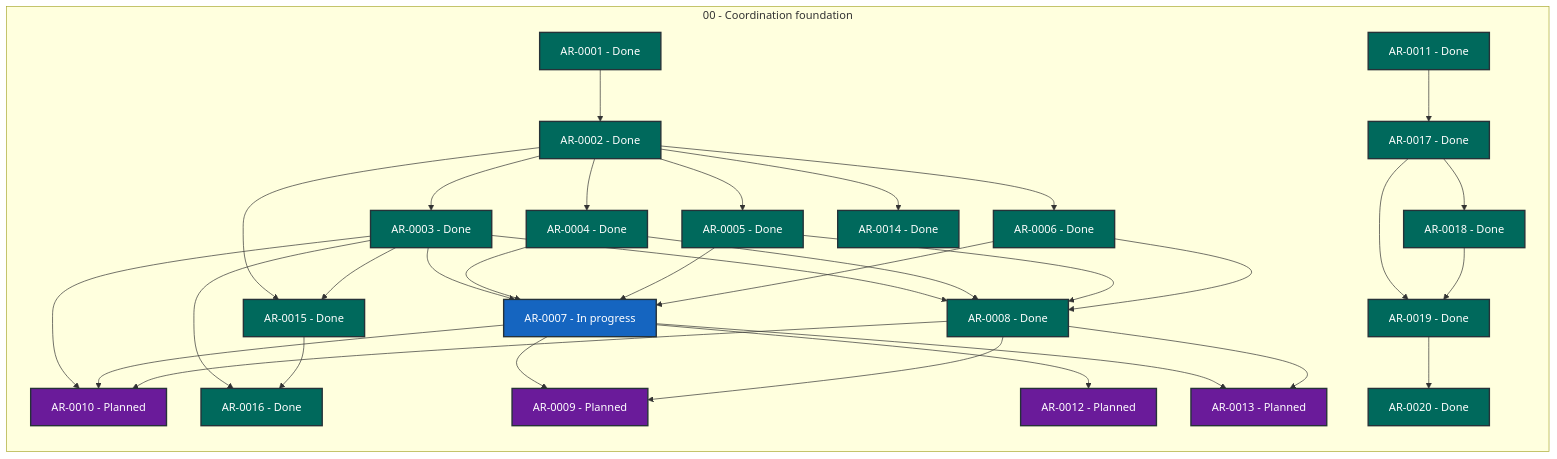
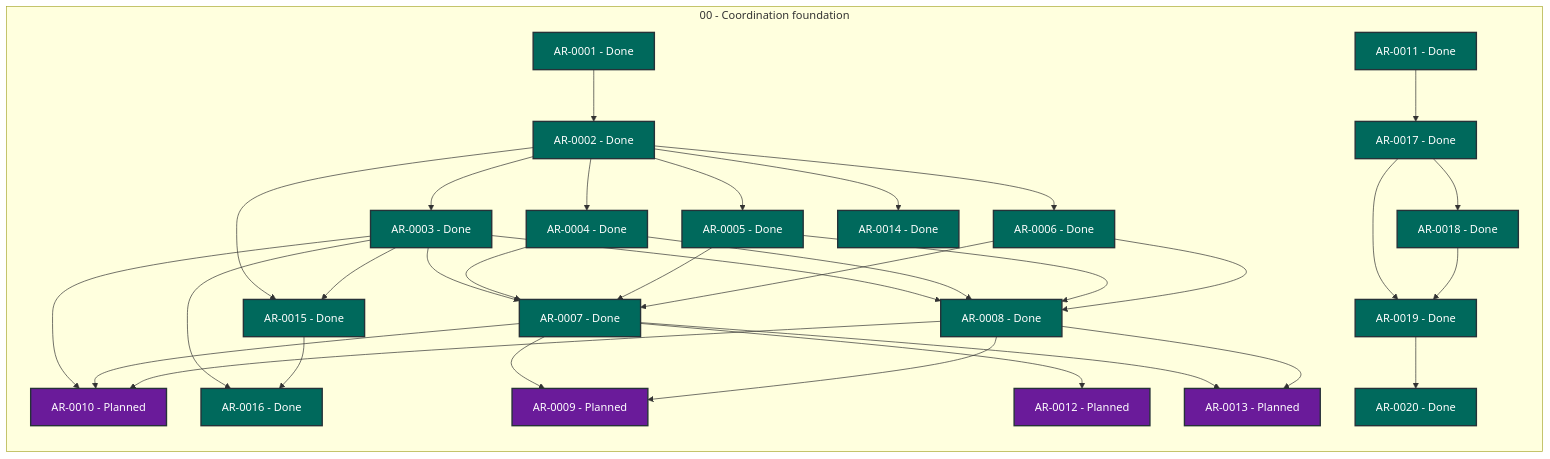
One commit to martin-beck/agent-workflow-coordinator-state changed the diagram in STATUS.md. Above: the diagram before and after it, drawn with Mermaid. The commit also changed other lines of this file and 2 other files, not shown here.

````diff
--- a/STATUS.md
+++ b/STATUS.md
@@ -27,65 +27,65 @@
 ```mermaid
 flowchart LR
     subgraph series_00["00 - Coordination foundation"]
         direction TB
         AR_0001["AR-0001 - Done"]:::status_done
         AR_0002["AR-0002 - Done"]:::status_done
         AR_0003["AR-0003 - Done"]:::status_done
         AR_0004["AR-0004 - Done"]:::status_done
         AR_0005["AR-0005 - Done"]:::status_done
         AR_0006["AR-0006 - Done"]:::status_done
-        AR_0007["AR-0007 - In progress"]:::status_in_progress
+        AR_0007["AR-0007 - Done"]:::status_done
         AR_0008["AR-0008 - Done"]:::status_done
         AR_0009["AR-0009 - Planned"]:::status_planned
         AR_0010["AR-0010 - Planned"]:::status_planned
         AR_0011["AR-0011 - Done"]:::status_done
         AR_0012["AR-0012 - Planned"]:::status_planned
         AR_0013["AR-0013 - Planned"]:::status_planned
         AR_0014["AR-0014 - Done"]:::status_done
         AR_0015["AR-0015 - Done"]:::status_done
         AR_0016["AR-0016 - Done"]:::status_done
         AR_0017["AR-0017 - Done"]:::status_done
         AR_0018["AR-0018 - Done"]:::status_done
         AR_0019["AR-0019 - Done"]:::status_done
         AR_0020["AR-0020 - Done"]:::status_done
     end
     AR_0001 --> AR_0002
     AR_0002 --> AR_0003
     AR_0002 --> AR_0004
     AR_0002 --> AR_0005
     AR_0002 --> AR_0006
     AR_0002 --> AR_0014
     AR_0002 --> AR_0015
     AR_0003 --> AR_0007
     AR_0003 --> AR_0008
     AR_0003 --> AR_0010
     AR_0003 --> AR_0015
     AR_0003 --> AR_0016
     AR_0004 --> AR_0007
     AR_0004 --> AR_0008
     AR_0005 --> AR_0007
     AR_0005 --> AR_0008
     AR_0006 --> AR_0007
     AR_0006 --> AR_0008
     AR_0007 --> AR_0009
     AR_0007 --> AR_0010
     AR_0007 --> AR_0012
     AR_0007 --> AR_0013
     AR_0008 --> AR_0009
     AR_0008 --> AR_0010
     AR_0008 --> AR_0013
     AR_0011 --> AR_0017
     AR_0015 --> AR_0016
     AR_0017 --> AR_0018
     AR_0017 --> AR_0019
     AR_0018 --> AR_0019
     AR_0019 --> AR_0020
     classDef status_in_progress fill:#1565c0,color:#ffffff,stroke:#263238,stroke-width:2px
     classDef status_open fill:#2e7d32,color:#ffffff,stroke:#263238,stroke-width:2px
     classDef status_blocked fill:#c62828,color:#ffffff,stroke:#263238,stroke-width:2px
     classDef status_planned fill:#6a1b9a,color:#ffffff,stroke:#263238,stroke-width:2px
     classDef status_future fill:#455a64,color:#ffffff,stroke:#263238,stroke-width:2px
     classDef status_done fill:#00695c,color:#ffffff,stroke:#263238,stroke-width:2px
     classDef status_cancelled fill:#616161,color:#ffffff,stroke:#263238,stroke-width:2px
     classDef status_superseded fill:#5d4037,color:#ffffff,stroke:#263238,stroke-width:2px
 ```
````
